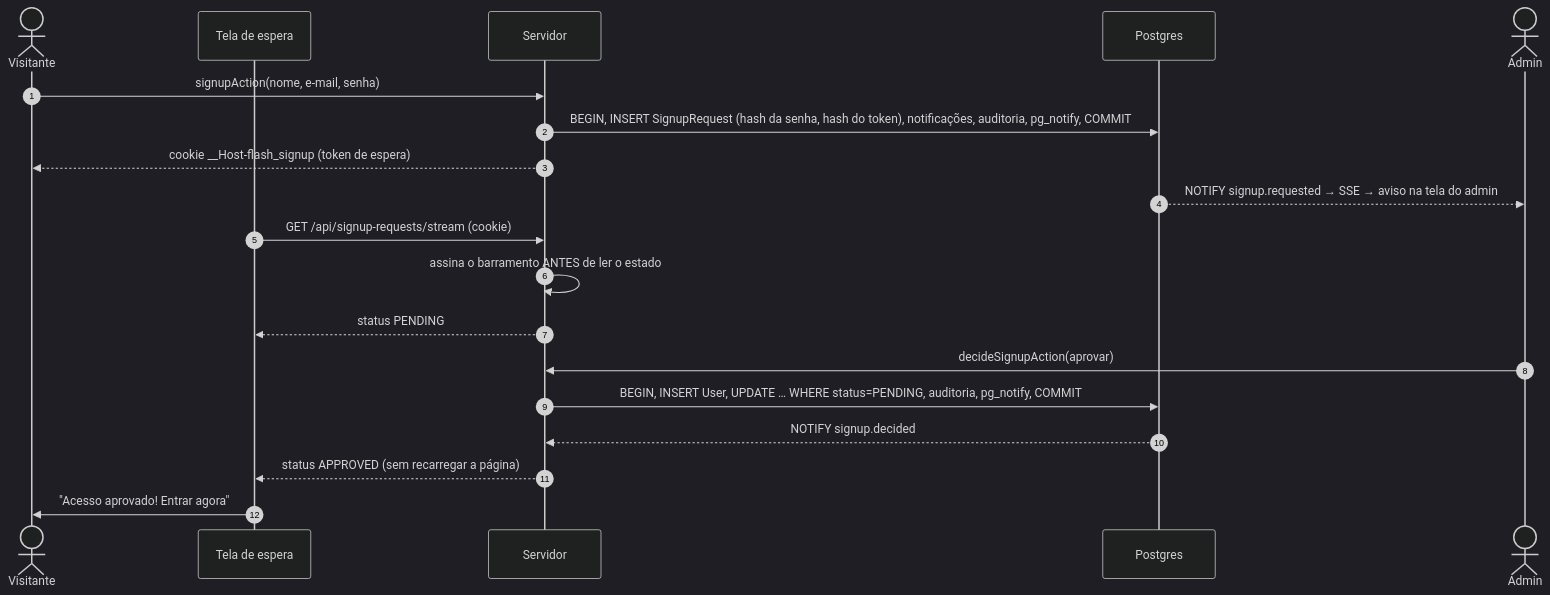
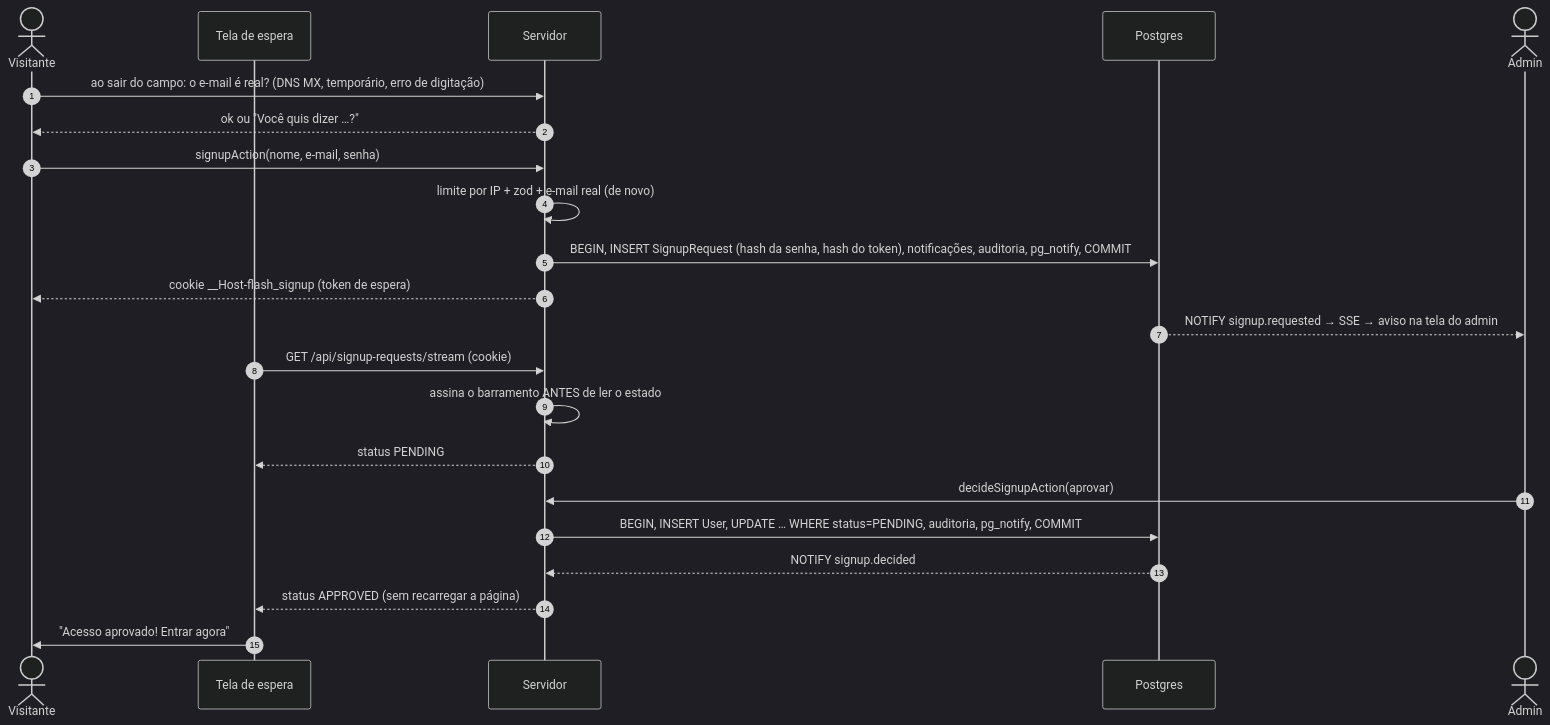
One commit to vittorccf/flash-analytics changed the seventh of 10 diagrams in docs/ARQUITETURA.md. Above: the diagram before and after it, drawn with Mermaid (dark theme). The commit also changed other lines of this file and 1 other file, not shown here.

Commit message:
UML atualizado: agregados do painel, conferência de e-mail e permissões

````diff
--- a/docs/ARQUITETURA.md
+++ b/docs/ARQUITETURA.md
@@ -283,22 +295,25 @@
 ```mermaid
 sequenceDiagram
   autonumber
   actor V as Visitante
   participant W as Tela de espera
   participant S as Servidor
   participant DB as Postgres
   actor A as Admin
 
+  V->>S: ao sair do campo: o e-mail é real? (DNS MX, temporário, erro de digitação)
+  S-->>V: ok ou "Você quis dizer …?"
   V->>S: signupAction(nome, e-mail, senha)
+  S->>S: limite por IP + zod + e-mail real (de novo)
   S->>DB: BEGIN, INSERT SignupRequest (hash da senha, hash do token), notificações, auditoria, pg_notify, COMMIT
   S-->>V: cookie __Host-flash_signup (token de espera)
   DB-->>A: NOTIFY signup.requested → SSE → aviso na tela do admin
   W->>S: GET /api/signup-requests/stream (cookie)
   S->>S: assina o barramento ANTES de ler o estado
   S-->>W: status PENDING
   A->>S: decideSignupAction(aprovar)
   S->>DB: BEGIN, INSERT User, UPDATE … WHERE status=PENDING, auditoria, pg_notify, COMMIT
   DB-->>S: NOTIFY signup.decided
   S-->>W: status APPROVED (sem recarregar a página)
   W->>V: "Acesso aprovado! Entrar agora"
 ```
````
